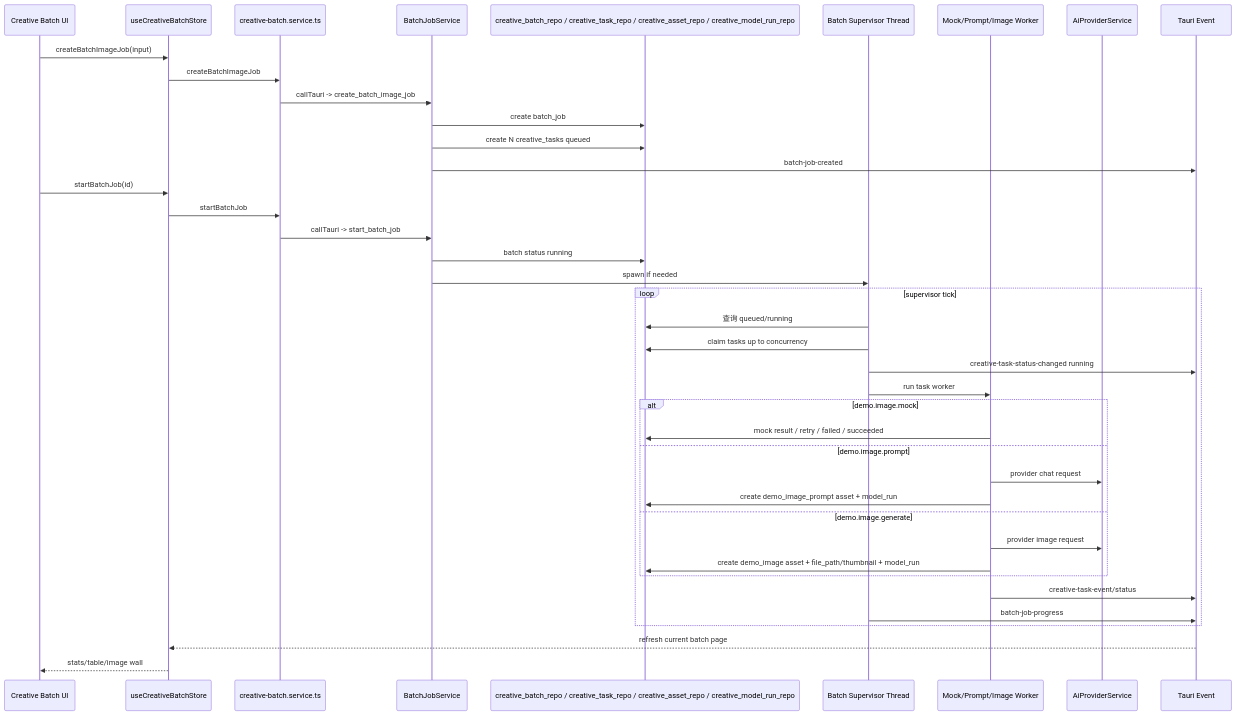
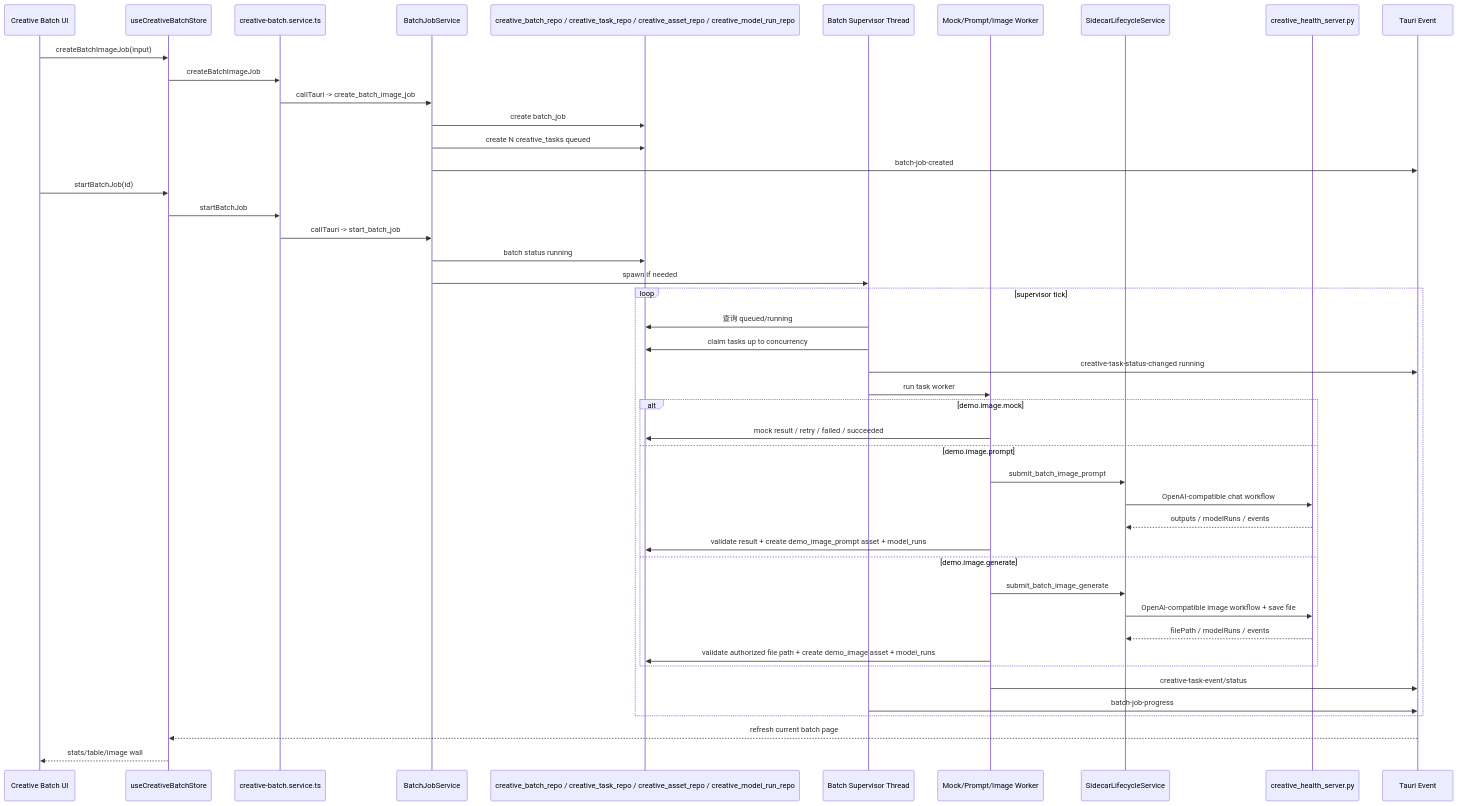
The tenth of 11 diagrams in docs/architecture-current-state.md (MonsterXiong/monster-workbench), drawn with Mermaid before and after one commit. The commit also changed other lines of this file and 5 other files, not shown here.

Commit message:
feat：迁移 batch image 到 sidecar

````diff
--- a/docs/architecture-current-state.md
+++ b/docs/architecture-current-state.md
@@ -864,43 +864,48 @@
 ```mermaid
 sequenceDiagram
   participant UI as Creative Batch UI
   participant Store as useCreativeBatchStore
   participant Service as creative-batch.service.ts
   participant BatchSvc as BatchJobService
   participant Repo as creative_batch_repo / creative_task_repo / creative_asset_repo / creative_model_run_repo
   participant Supervisor as Batch Supervisor Thread
   participant Worker as Mock/Prompt/Image Worker
-  participant AiSvc as AiProviderService
+  participant Sidecar as SidecarLifecycleService
+  participant Py as creative_health_server.py
   participant Event as Tauri Event
 
   UI->>Store: createBatchImageJob(input)
   Store->>Service: createBatchImageJob
   Service->>BatchSvc: callTauri -> create_batch_image_job
   BatchSvc->>Repo: create batch_job
   BatchSvc->>Repo: create N creative_tasks queued
   BatchSvc->>Event: batch-job-created
   UI->>Store: startBatchJob(id)
   Store->>Service: startBatchJob
   Service->>BatchSvc: callTauri -> start_batch_job
   BatchSvc->>Repo: batch status running
   BatchSvc->>Supervisor: spawn if needed
   loop supervisor tick
     Supervisor->>Repo: 查询 queued/running
     Supervisor->>Repo: claim tasks up to concurrency
     Supervisor->>Event: creative-task-status-changed running
     Supervisor->>Worker: run task worker
     alt demo.image.mock
       Worker->>Repo: mock result / retry / failed / succeeded
     else demo.image.prompt
-      Worker->>AiSvc: provider chat request
-      Worker->>Repo: create demo_image_prompt asset + model_run
+      Worker->>Sidecar: submit_batch_image_prompt
+      Sidecar->>Py: OpenAI-compatible chat workflow
+      Py-->>Sidecar: outputs / modelRuns / events
+      Worker->>Repo: validate result + create demo_image_prompt asset + model_runs
     else demo.image.generate
-      Worker->>AiSvc: provider image request
-      Worker->>Repo: create demo_image asset + file_path/thumbnail + model_run
+      Worker->>Sidecar: submit_batch_image_generate
+      Sidecar->>Py: OpenAI-compatible image workflow + save file
+      Py-->>Sidecar: filePath / modelRuns / events
+      Worker->>Repo: validate authorized file path + create demo_image asset + model_runs
     end
     Worker->>Event: creative-task-event/status
     Supervisor->>Event: batch-job-progress
   end
   Event-->>Store: refresh current batch page
   Store-->>UI: stats/table/image wall
 ```
````
